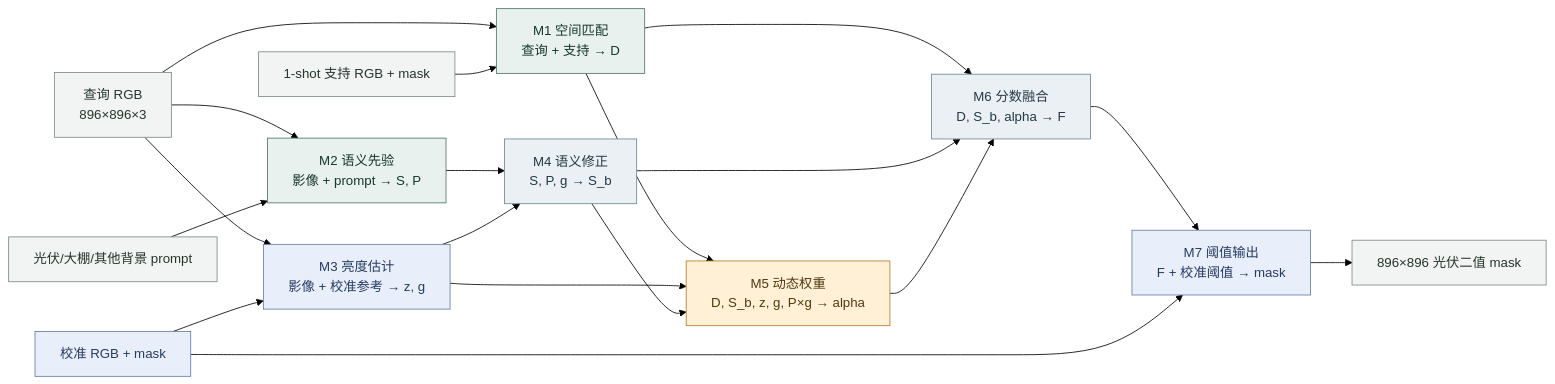
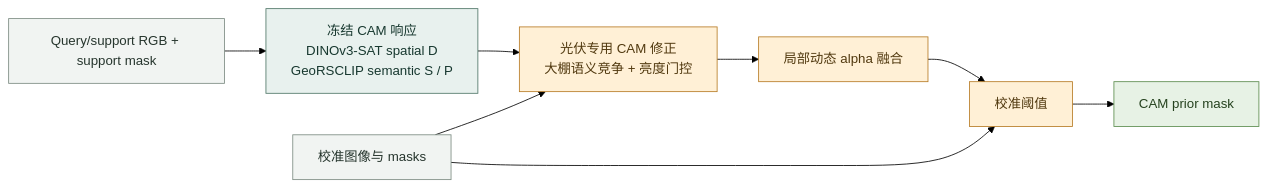
One commit to Zh0416/PV-DINOV3 changed the second of 2 diagrams in docs/PV_DYNAMIC_ALPHA_ARCHITECTURE.md. Above: the diagram before and after it, drawn with Mermaid (forest theme). The commit also changed other lines of this file, not shown here.

Commit message:
Document SSPNet PV module architecture

````diff
--- a/docs/PV_DYNAMIC_ALPHA_ARCHITECTURE.md
+++ b/docs/PV_DYNAMIC_ALPHA_ARCHITECTURE.md
@@ -11,46 +75,22 @@
 ```mermaid
 flowchart LR
-    Q["查询 RGB<br/>896×896×3"]
-    SUP["1-shot 支持 RGB + mask"]
-    PROMPT["光伏/大棚/其他背景 prompt"]
-    CAL["校准 RGB + mask"]
+    IMG["Query/support RGB + support mask"]
+    CAM["冻结 CAM 响应<br/>DINOv3-SAT spatial D<br/>GeoRSCLIP semantic S / P"]
+    PV["光伏专用 CAM 修正<br/>大棚语义竞争 + 亮度门控"]
+    ALPHA["局部动态 alpha 融合"]
+    THR["校准阈值"]
+    MASK["CAM prior mask"]
 
-    M1["M1 空间匹配<br/>查询 + 支持 → D"]
-    M2["M2 语义先验<br/>影像 + prompt → S, P"]
-    M3["M3 亮度估计<br/>影像 + 校准参考 → z, g"]
-    M4["M4 语义修正<br/>S, P, g → S_b"]
-    M5["M5 动态权重<br/>D, S_b, z, g, P×g → alpha"]
-    M6["M6 分数融合<br/>D, S_b, alpha → F"]
-    M7["M7 阈值输出<br/>F + 校准阈值 → mask"]
-    OUT["896×896 光伏二值 mask"]
-
-    Q --> M1
-    SUP --> M1
-    Q --> M2
-    PROMPT --> M2
-    Q --> M3
-    CAL --> M3
-    M2 --> M4
-    M3 --> M4
-    M1 --> M5
-    M3 --> M5
-    M4 --> M5
-    M1 --> M6
-    M4 --> M6
-    M5 --> M6
-    M6 --> M7
-    CAL --> M7
-    M7 --> OUT
+    IMG --> CAM --> PV --> ALPHA --> THR --> MASK
+    CAL["校准图像与 masks"] --> PV
+    CAL --> THR
 
     classDef input fill:#f1f4f2,stroke:#7c8b82,color:#26352d
     classDef frozen fill:#e8f1ee,stroke:#4f7567,color:#17382f
-    classDef learned fill:#fff0d6,stroke:#b77b25,color:#51390f
-    classDef transform fill:#eaf0f4,stroke:#6b8795,color:#243943
-    classDef calibration fill:#e9effa,stroke:#627ca8,color:#263b61
-    class Q,SUP,PROMPT input
-    class M1,M2 frozen
-    class M3,M7,CAL calibration
-    class M4,M6 transform
-    class M5 learned
-    class OUT input
+    classDef adapted fill:#fff0d6,stroke:#b77b25,color:#51390f
+    classDef output fill:#e7f2e5,stroke:#5c8c4e,color:#25421e
+    class IMG,CAL input
+    class CAM frozen
+    class PV,ALPHA,THR adapted
+    class MASK output
 ```
````
